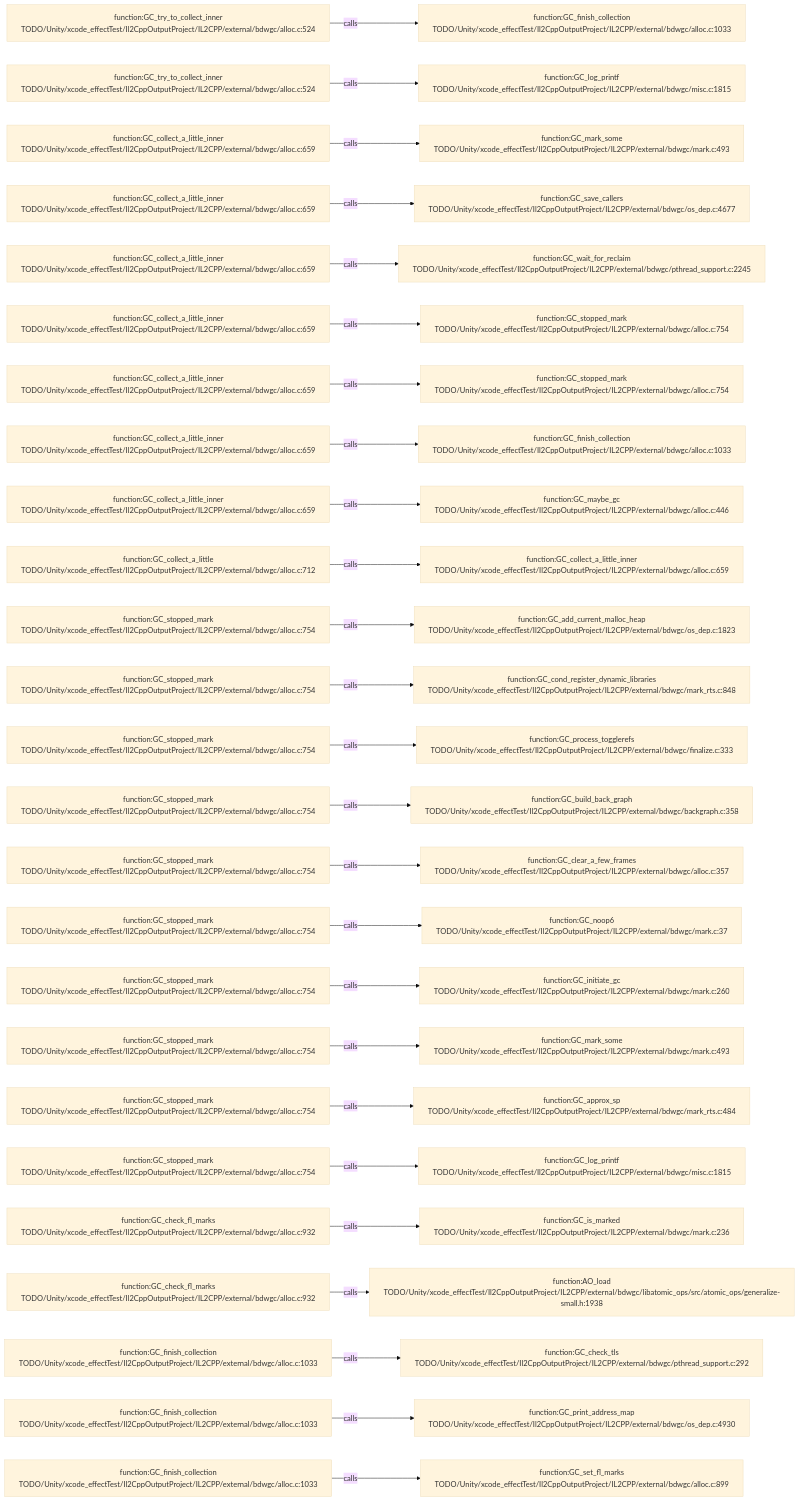
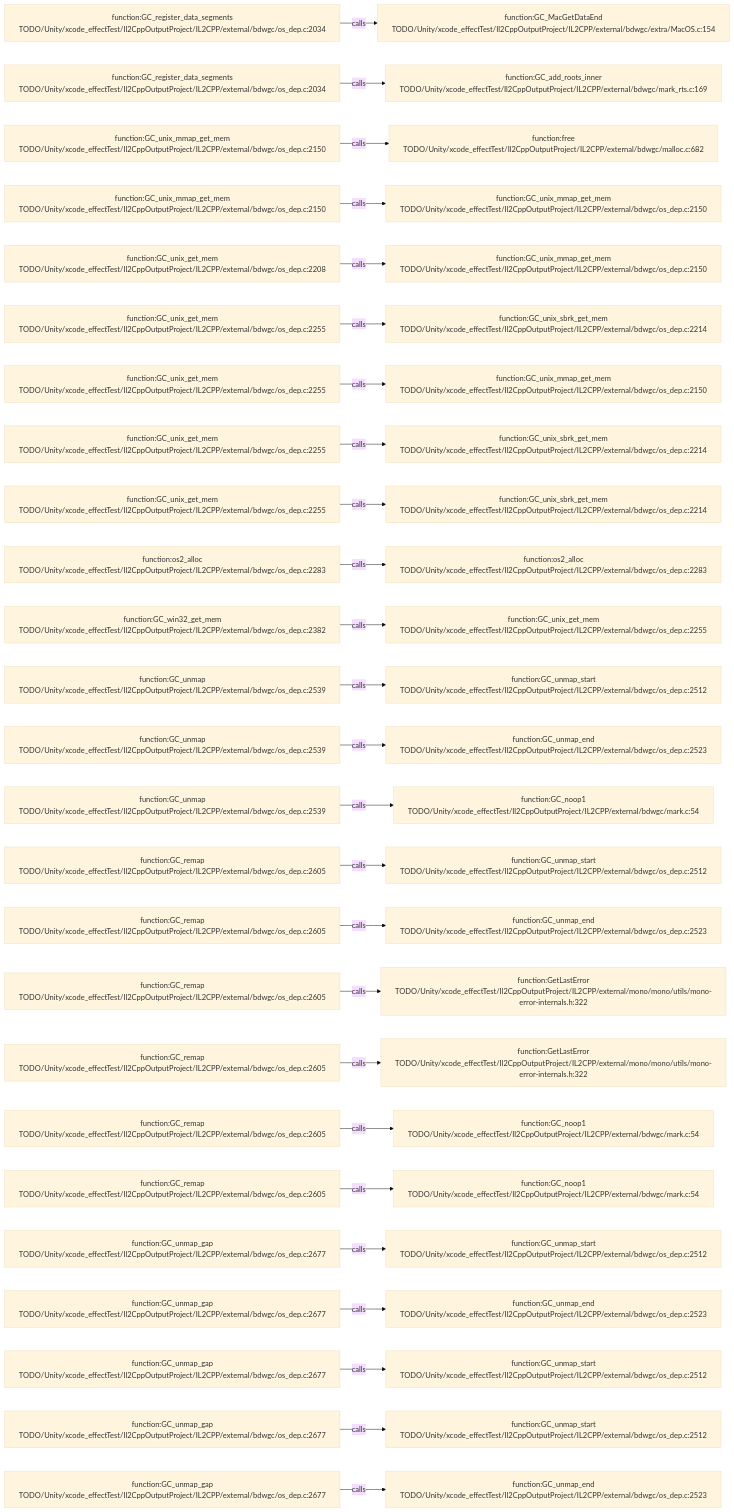
One commit to JobsKits/JobsSwiftBaseConfigDemo changed the diagram in .codegraph/codegraph.md/graphs/calls-145.md. Above: the diagram before and after it, drawn with Mermaid (base theme). The commit also changed 227 other files, not shown here.

````diff
--- a/.codegraph/codegraph.md/graphs/calls-145.md
+++ b/.codegraph/codegraph.md/graphs/calls-145.md
@@ -13,78 +13,78 @@
 ```mermaid
 flowchart LR
-  S1["function:GC_try_to_collect_inner<br/>TODO/Unity/xcode_effectTest/Il2CppOutputProject/IL2CPP/external/bdwgc/alloc.c:524"]
-  T1["function:GC_finish_collection<br/>TODO/Unity/xcode_effectTest/Il2CppOutputProject/IL2CPP/external/bdwgc/alloc.c:1033"]
+  S1["function:GC_register_data_segments<br/>TODO/Unity/xcode_effectTest/Il2CppOutputProject/IL2CPP/external/bdwgc/os_dep.c:2034"]
+  T1["function:GC_MacGetDataEnd<br/>TODO/Unity/xcode_effectTest/Il2CppOutputProject/IL2CPP/external/bdwgc/extra/MacOS.c:154"]
   S1 -->|calls| T1
-  S2["function:GC_try_to_collect_inner<br/>TODO/Unity/xcode_effectTest/Il2CppOutputProject/IL2CPP/external/bdwgc/alloc.c:524"]
-  T2["function:GC_log_printf<br/>TODO/Unity/xcode_effectTest/Il2CppOutputProject/IL2CPP/external/bdwgc/misc.c:1815"]
+  S2["function:GC_register_data_segments<br/>TODO/Unity/xcode_effectTest/Il2CppOutputProject/IL2CPP/external/bdwgc/os_dep.c:2034"]
+  T2["function:GC_add_roots_inner<br/>TODO/Unity/xcode_effectTest/Il2CppOutputProject/IL2CPP/external/bdwgc/mark_rts.c:169"]
   S2 -->|calls| T2
-  S3["function:GC_collect_a_little_inner<br/>TODO/Unity/xcode_effectTest/Il2CppOutputProject/IL2CPP/external/bdwgc/alloc.c:659"]
-  T3["function:GC_mark_some<br/>TODO/Unity/xcode_effectTest/Il2CppOutputProject/IL2CPP/external/bdwgc/mark.c:493"]
+  S3["function:GC_unix_mmap_get_mem<br/>TODO/Unity/xcode_effectTest/Il2CppOutputProject/IL2CPP/external/bdwgc/os_dep.c:2150"]
+  T3["function:free<br/>TODO/Unity/xcode_effectTest/Il2CppOutputProject/IL2CPP/external/bdwgc/malloc.c:682"]
   S3 -->|calls| T3
-  S4["function:GC_collect_a_little_inner<br/>TODO/Unity/xcode_effectTest/Il2CppOutputProject/IL2CPP/external/bdwgc/alloc.c:659"]
-  T4["function:GC_save_callers<br/>TODO/Unity/xcode_effectTest/Il2CppOutputProject/IL2CPP/external/bdwgc/os_dep.c:4677"]
+  S4["function:GC_unix_mmap_get_mem<br/>TODO/Unity/xcode_effectTest/Il2CppOutputProject/IL2CPP/external/bdwgc/os_dep.c:2150"]
+  T4["function:GC_unix_mmap_get_mem<br/>TODO/Unity/xcode_effectTest/Il2CppOutputProject/IL2CPP/external/bdwgc/os_dep.c:2150"]
   S4 -->|calls| T4
-  S5["function:GC_collect_a_little_inner<br/>TODO/Unity/xcode_effectTest/Il2CppOutputProject/IL2CPP/external/bdwgc/alloc.c:659"]
-  T5["function:GC_wait_for_reclaim<br/>TODO/Unity/xcode_effectTest/Il2CppOutputProject/IL2CPP/external/bdwgc/pthread_support.c:2245"]
+  S5["function:GC_unix_get_mem<br/>TODO/Unity/xcode_effectTest/Il2CppOutputProject/IL2CPP/external/bdwgc/os_dep.c:2208"]
+  T5["function:GC_unix_mmap_get_mem<br/>TODO/Unity/xcode_effectTest/Il2CppOutputProject/IL2CPP/external/bdwgc/os_dep.c:2150"]
   S5 -->|calls| T5
-  S6["function:GC_collect_a_little_inner<br/>TODO/Unity/xcode_effectTest/Il2CppOutputProject/IL2CPP/external/bdwgc/alloc.c:659"]
-  T6["function:GC_stopped_mark<br/>TODO/Unity/xcode_effectTest/Il2CppOutputProject/IL2CPP/external/bdwgc/alloc.c:754"]
+  S6["function:GC_unix_get_mem<br/>TODO/Unity/xcode_effectTest/Il2CppOutputProject/IL2CPP/external/bdwgc/os_dep.c:2255"]
+  T6["function:GC_unix_sbrk_get_mem<br/>TODO/Unity/xcode_effectTest/Il2CppOutputProject/IL2CPP/external/bdwgc/os_dep.c:2214"]
   S6 -->|calls| T6
-  S7["function:GC_collect_a_little_inner<br/>TODO/Unity/xcode_effectTest/Il2CppOutputProject/IL2CPP/external/bdwgc/alloc.c:659"]
-  T7["function:GC_stopped_mark<br/>TODO/Unity/xcode_effectTest/Il2CppOutputProject/IL2CPP/external/bdwgc/alloc.c:754"]
+  S7["function:GC_unix_get_mem<br/>TODO/Unity/xcode_effectTest/Il2CppOutputProject/IL2CPP/external/bdwgc/os_dep.c:2255"]
+  T7["function:GC_unix_mmap_get_mem<br/>TODO/Unity/xcode_effectTest/Il2CppOutputProject/IL2CPP/external/bdwgc/os_dep.c:2150"]
   S7 -->|calls| T7
-  S8["function:GC_collect_a_little_inner<br/>TODO/Unity/xcode_effectTest/Il2CppOutputProject/IL2CPP/external/bdwgc/alloc.c:659"]
-  T8["function:GC_finish_collection<br/>TODO/Unity/xcode_effectTest/Il2CppOutputProject/IL2CPP/external/bdwgc/alloc.c:1033"]
+  S8["function:GC_unix_get_mem<br/>TODO/Unity/xcode_effectTest/Il2CppOutputProject/IL2CPP/external/bdwgc/os_dep.c:2255"]
+  T8["function:GC_unix_sbrk_get_mem<br/>TODO/Unity/xcode_effectTest/Il2CppOutputProject/IL2CPP/external/bdwgc/os_dep.c:2214"]
   S8 -->|calls| T8
-  S9["function:GC_collect_a_little_inner<br/>TODO/Unity/xcode_effectTest/Il2CppOutputProject/IL2CPP/external/bdwgc/alloc.c:659"]
-  T9["function:GC_maybe_gc<br/>TODO/Unity/xcode_effectTest/Il2CppOutputProject/IL2CPP/external/bdwgc/alloc.c:446"]
+  S9["function:GC_unix_get_mem<br/>TODO/Unity/xcode_effectTest/Il2CppOutputProject/IL2CPP/external/bdwgc/os_dep.c:2255"]
+  T9["function:GC_unix_sbrk_get_mem<br/>TODO/Unity/xcode_effectTest/Il2CppOutputProject/IL2CPP/external/bdwgc/os_dep.c:2214"]
   S9 -->|calls| T9
-  S10["function:GC_collect_a_little<br/>TODO/Unity/xcode_effectTest/Il2CppOutputProject/IL2CPP/external/bdwgc/alloc.c:712"]
-  T10["function:GC_collect_a_little_inner<br/>TODO/Unity/xcode_effectTest/Il2CppOutputProject/IL2CPP/external/bdwgc/alloc.c:659"]
+  S10["function:os2_alloc<br/>TODO/Unity/xcode_effectTest/Il2CppOutputProject/IL2CPP/external/bdwgc/os_dep.c:2283"]
+  T10["function:os2_alloc<br/>TODO/Unity/xcode_effectTest/Il2CppOutputProject/IL2CPP/external/bdwgc/os_dep.c:2283"]
   S10 -->|calls| T10
-  S11["function:GC_stopped_mark<br/>TODO/Unity/xcode_effectTest/Il2CppOutputProject/IL2CPP/external/bdwgc/alloc.c:754"]
-  T11["function:GC_add_current_malloc_heap<br/>TODO/Unity/xcode_effectTest/Il2CppOutputProject/IL2CPP/external/bdwgc/os_dep.c:1823"]
+  S11["function:GC_win32_get_mem<br/>TODO/Unity/xcode_effectTest/Il2CppOutputProject/IL2CPP/external/bdwgc/os_dep.c:2382"]
+  T11["function:GC_unix_get_mem<br/>TODO/Unity/xcode_effectTest/Il2CppOutputProject/IL2CPP/external/bdwgc/os_dep.c:2255"]
   S11 -->|calls| T11
-  S12["function:GC_stopped_mark<br/>TODO/Unity/xcode_effectTest/Il2CppOutputProject/IL2CPP/external/bdwgc/alloc.c:754"]
-  T12["function:GC_cond_register_dynamic_libraries<br/>TODO/Unity/xcode_effectTest/Il2CppOutputProject/IL2CPP/external/bdwgc/mark_rts.c:848"]
+  S12["function:GC_unmap<br/>TODO/Unity/xcode_effectTest/Il2CppOutputProject/IL2CPP/external/bdwgc/os_dep.c:2539"]
+  T12["function:GC_unmap_start<br/>TODO/Unity/xcode_effectTest/Il2CppOutputProject/IL2CPP/external/bdwgc/os_dep.c:2512"]
   S12 -->|calls| T12
-  S13["function:GC_stopped_mark<br/>TODO/Unity/xcode_effectTest/Il2CppOutputProject/IL2CPP/external/bdwgc/alloc.c:754"]
-  T13["function:GC_process_togglerefs<br/>TODO/Unity/xcode_effectTest/Il2CppOutputProject/IL2CPP/external/bdwgc/finalize.c:333"]
+  S13["function:GC_unmap<br/>TODO/Unity/xcode_effectTest/Il2CppOutputProject/IL2CPP/external/bdwgc/os_dep.c:2539"]
+  T13["function:GC_unmap_end<br/>TODO/Unity/xcode_effectTest/Il2CppOutputProject/IL2CPP/external/bdwgc/os_dep.c:2523"]
   S13 -->|calls| T13
-  S14["function:GC_stopped_mark<br/>TODO/Unity/xcode_effectTest/Il2CppOutputProject/IL2CPP/external/bdwgc/alloc.c:754"]
-  T14["function:GC_build_back_graph<br/>TODO/Unity/xcode_effectTest/Il2CppOutputProject/IL2CPP/external/bdwgc/backgraph.c:358"]
+  S14["function:GC_unmap<br/>TODO/Unity/xcode_effectTest/Il2CppOutputProject/IL2CPP/external/bdwgc/os_dep.c:2539"]
+  T14["function:GC_noop1<br/>TODO/Unity/xcode_effectTest/Il2CppOutputProject/IL2CPP/external/bdwgc/mark.c:54"]
   S14 -->|calls| T14
-  S15["function:GC_stopped_mark<br/>TODO/Unity/xcode_effectTest/Il2CppOutputProject/IL2CPP/external/bdwgc/alloc.c:754"]
-  T15["function:GC_clear_a_few_frames<br/>TODO/Unity/xcode_effectTest/Il2CppOutputProject/IL2CPP/external/bdwgc/alloc.c:357"]
+  S15["function:GC_remap<br/>TODO/Unity/xcode_effectTest/Il2CppOutputProject/IL2CPP/external/bdwgc/os_dep.c:2605"]
+  T15["function:GC_unmap_start<br/>TODO/Unity/xcode_effectTest/Il2CppOutputProject/IL2CPP/external/bdwgc/os_dep.c:2512"]
   S15 -->|calls| T15
-  S16["function:GC_stopped_mark<br/>TODO/Unity/xcode_effectTest/Il2CppOutputProject/IL2CPP/external/bdwgc/alloc.c:754"]
-  T16["function:GC_noop6<br/>TODO/Unity/xcode_effectTest/Il2CppOutputProject/IL2CPP/external/bdwgc/mark.c:37"]
+  S16["function:GC_remap<br/>TODO/Unity/xcode_effectTest/Il2CppOutputProject/IL2CPP/external/bdwgc/os_dep.c:2605"]
+  T16["function:GC_unmap_end<br/>TODO/Unity/xcode_effectTest/Il2CppOutputProject/IL2CPP/external/bdwgc/os_dep.c:2523"]
   S16 -->|calls| T16
-  S17["function:GC_stopped_mark<br/>TODO/Unity/xcode_effectTest/Il2CppOutputProject/IL2CPP/external/bdwgc/alloc.c:754"]
-  T17["function:GC_initiate_gc<br/>TODO/Unity/xcode_effectTest/Il2CppOutputProject/IL2CPP/external/bdwgc/mark.c:260"]
+  S17["function:GC_remap<br/>TODO/Unity/xcode_effectTest/Il2CppOutputProject/IL2CPP/external/bdwgc/os_dep.c:2605"]
+  T17["function:GetLastError<br/>TODO/Unity/xcode_effectTest/Il2CppOutputProject/IL2CPP/external/mono/mono/utils/mono-error-internals.h:322"]
   S17 -->|calls| T17
-  S18["function:GC_stopped_mark<br/>TODO/Unity/xcode_effectTest/Il2CppOutputProject/IL2CPP/external/bdwgc/alloc.c:754"]
-  T18["function:GC_mark_some<br/>TODO/Unity/xcode_effectTest/Il2CppOutputProject/IL2CPP/external/bdwgc/mark.c:493"]
+  S18["function:GC_remap<br/>TODO/Unity/xcode_effectTest/Il2CppOutputProject/IL2CPP/external/bdwgc/os_dep.c:2605"]
+  T18["function:GetLastError<br/>TODO/Unity/xcode_effectTest/Il2CppOutputProject/IL2CPP/external/mono/mono/utils/mono-error-internals.h:322"]
   S18 -->|calls| T18
-  S19["function:GC_stopped_mark<br/>TODO/Unity/xcode_effectTest/Il2CppOutputProject/IL2CPP/external/bdwgc/alloc.c:754"]
-  T19["function:GC_approx_sp<br/>TODO/Unity/xcode_effectTest/Il2CppOutputProject/IL2CPP/external/bdwgc/mark_rts.c:484"]
+  S19["function:GC_remap<br/>TODO/Unity/xcode_effectTest/Il2CppOutputProject/IL2CPP/external/bdwgc/os_dep.c:2605"]
+  T19["function:GC_noop1<br/>TODO/Unity/xcode_effectTest/Il2CppOutputProject/IL2CPP/external/bdwgc/mark.c:54"]
   S19 -->|calls| T19
-  S20["function:GC_stopped_mark<br/>TODO/Unity/xcode_effectTest/Il2CppOutputProject/IL2CPP/external/bdwgc/alloc.c:754"]
-  T20["function:GC_log_printf<br/>TODO/Unity/xcode_effectTest/Il2CppOutputProject/IL2CPP/external/bdwgc/misc.c:1815"]
+  S20["function:GC_remap<br/>TODO/Unity/xcode_effectTest/Il2CppOutputProject/IL2CPP/external/bdwgc/os_dep.c:2605"]
+  T20["function:GC_noop1<br/>TODO/Unity/xcode_effectTest/Il2CppOutputProject/IL2CPP/external/bdwgc/mark.c:54"]
   S20 -->|calls| T20
-  S21["function:GC_check_fl_marks<br/>TODO/Unity/xcode_effectTest/Il2CppOutputProject/IL2CPP/external/bdwgc/alloc.c:932"]
-  T21["function:GC_is_marked<br/>TODO/Unity/xcode_effectTest/Il2CppOutputProject/IL2CPP/external/bdwgc/mark.c:236"]
+  S21["function:GC_unmap_gap<br/>TODO/Unity/xcode_effectTest/Il2CppOutputProject/IL2CPP/external/bdwgc/os_dep.c:2677"]
+  T21["function:GC_unmap_start<br/>TODO/Unity/xcode_effectTest/Il2CppOutputProject/IL2CPP/external/bdwgc/os_dep.c:2512"]
   S21 -->|calls| T21
-  S22["function:GC_check_fl_marks<br/>TODO/Unity/xcode_effectTest/Il2CppOutputProject/IL2CPP/external/bdwgc/alloc.c:932"]
-  T22["function:AO_load<br/>TODO/Unity/xcode_effectTest/Il2CppOutputProject/IL2CPP/external/bdwgc/libatomic_ops/src/atomic_ops/generalize-small.h:1938"]
+  S22["function:GC_unmap_gap<br/>TODO/Unity/xcode_effectTest/Il2CppOutputProject/IL2CPP/external/bdwgc/os_dep.c:2677"]
+  T22["function:GC_unmap_end<br/>TODO/Unity/xcode_effectTest/Il2CppOutputProject/IL2CPP/external/bdwgc/os_dep.c:2523"]
   S22 -->|calls| T22
-  S23["function:GC_finish_collection<br/>TODO/Unity/xcode_effectTest/Il2CppOutputProject/IL2CPP/external/bdwgc/alloc.c:1033"]
-  T23["function:GC_check_tls<br/>TODO/Unity/xcode_effectTest/Il2CppOutputProject/IL2CPP/external/bdwgc/pthread_support.c:292"]
+  S23["function:GC_unmap_gap<br/>TODO/Unity/xcode_effectTest/Il2CppOutputProject/IL2CPP/external/bdwgc/os_dep.c:2677"]
+  T23["function:GC_unmap_start<br/>TODO/Unity/xcode_effectTest/Il2CppOutputProject/IL2CPP/external/bdwgc/os_dep.c:2512"]
   S23 -->|calls| T23
-  S24["function:GC_finish_collection<br/>TODO/Unity/xcode_effectTest/Il2CppOutputProject/IL2CPP/external/bdwgc/alloc.c:1033"]
-  T24["function:GC_print_address_map<br/>TODO/Unity/xcode_effectTest/Il2CppOutputProject/IL2CPP/external/bdwgc/os_dep.c:4930"]
+  S24["function:GC_unmap_gap<br/>TODO/Unity/xcode_effectTest/Il2CppOutputProject/IL2CPP/external/bdwgc/os_dep.c:2677"]
+  T24["function:GC_unmap_start<br/>TODO/Unity/xcode_effectTest/Il2CppOutputProject/IL2CPP/external/bdwgc/os_dep.c:2512"]
   S24 -->|calls| T24
-  S25["function:GC_finish_collection<br/>TODO/Unity/xcode_effectTest/Il2CppOutputProject/IL2CPP/external/bdwgc/alloc.c:1033"]
-  T25["function:GC_set_fl_marks<br/>TODO/Unity/xcode_effectTest/Il2CppOutputProject/IL2CPP/external/bdwgc/alloc.c:899"]
+  S25["function:GC_unmap_gap<br/>TODO/Unity/xcode_effectTest/Il2CppOutputProject/IL2CPP/external/bdwgc/os_dep.c:2677"]
+  T25["function:GC_unmap_end<br/>TODO/Unity/xcode_effectTest/Il2CppOutputProject/IL2CPP/external/bdwgc/os_dep.c:2523"]
   S25 -->|calls| T25
 ```
````
